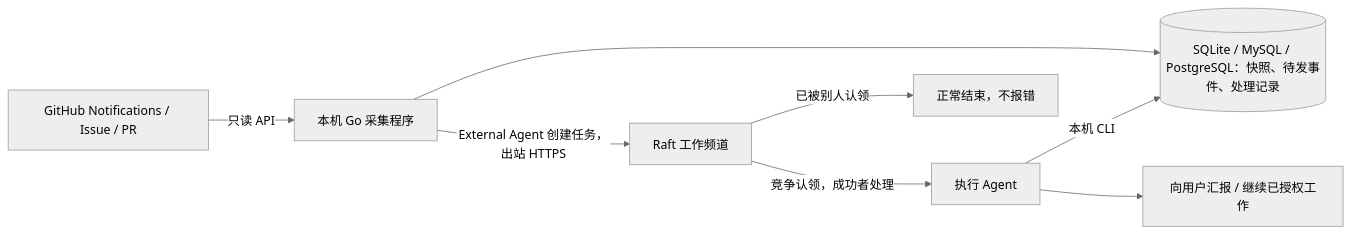
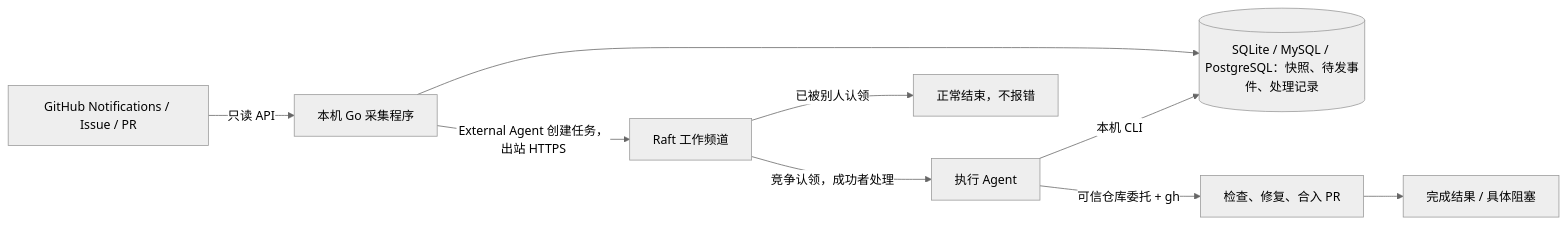
One commit to spencercjh/github-work-assistant changed the diagram in README.md. Above: the diagram before and after it, drawn with Mermaid (neutral theme). The commit also changed other lines of this file and 16 other files, not shown here.

````diff
--- a/README.md
+++ b/README.md
@@ -7,10 +7,11 @@
 ```mermaid
 flowchart LR
   GH[GitHub Notifications / Issue / PR] -->|只读 API| C[本机 Go 采集程序]
   C --> DB[(SQLite / MySQL / PostgreSQL：快照、待发事件、处理记录)]
   C -->|External Agent 创建任务，出站 HTTPS| T[Raft 工作频道]
   T -->|竞争认领，成功者处理| R[执行 Agent]
   T -->|已被别人认领| Q[正常结束，不报错]
   R -->|本机 CLI| DB
-  R --> U[向用户汇报 / 继续已授权工作]
+  R -->|可信仓库委托 + gh| W[检查、修复、合入 PR]
+  W --> U[完成结果 / 具体阻塞]
 ```
````
